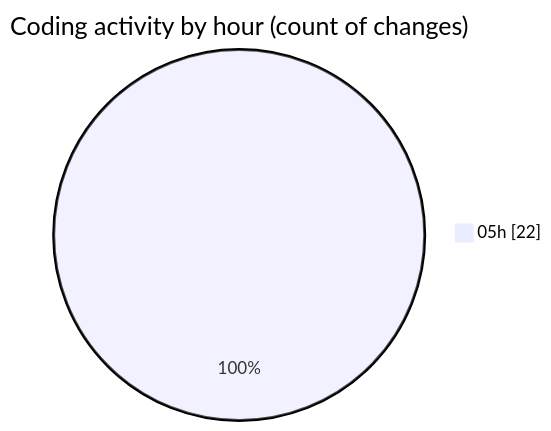
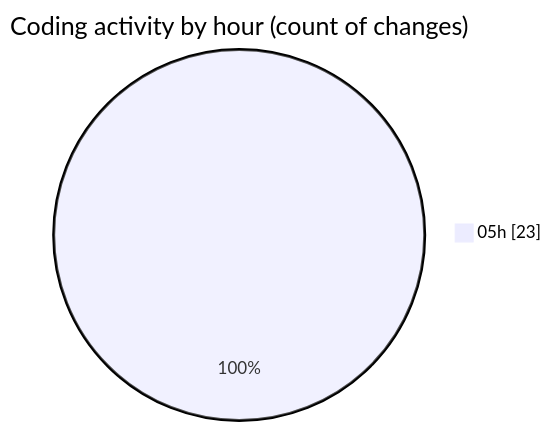
The second of 2 diagrams in 2024-12-30/rareicon/README.md (ernivani/code-tracking), drawn with Mermaid before and after one commit. The commit also changed other lines of this file and 2 other files, not shown here.

````diff
--- a/2024-12-30/rareicon/README.md
+++ b/2024-12-30/rareicon/README.md
@@ -34,5 +35,5 @@
 ```mermaid
 pie showData
 title Coding activity by hour (count of changes)
-"05h" : 22
+"05h" : 23
 ```
````
